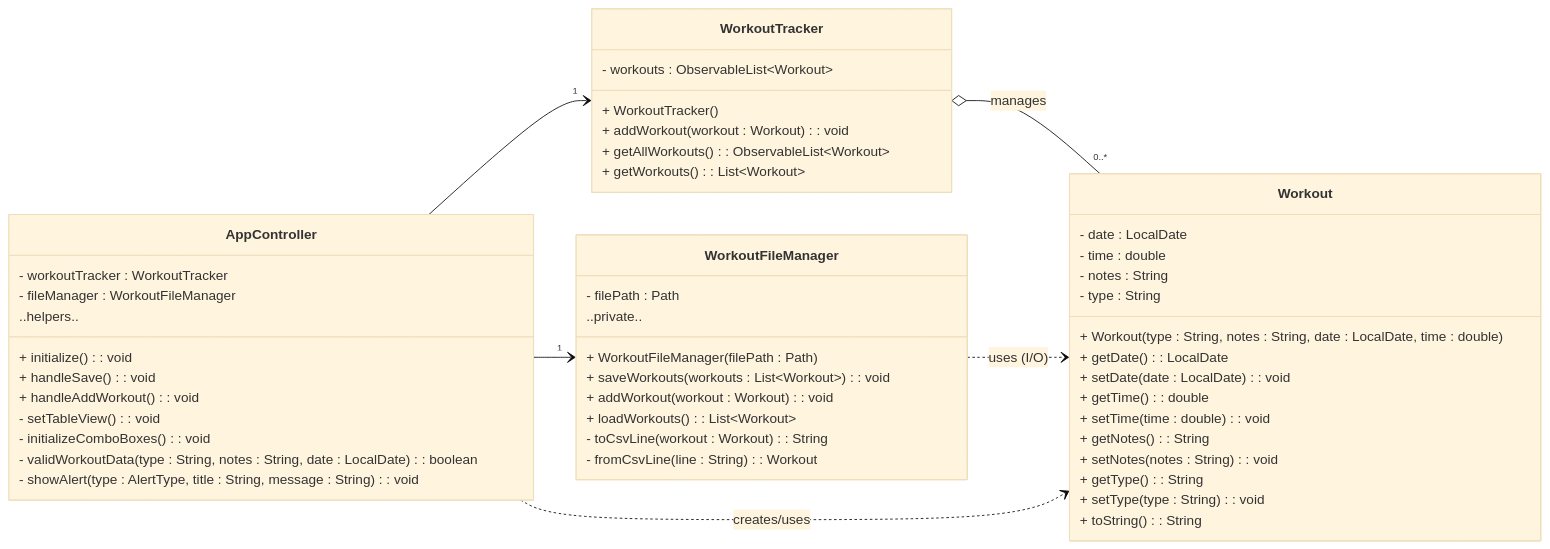
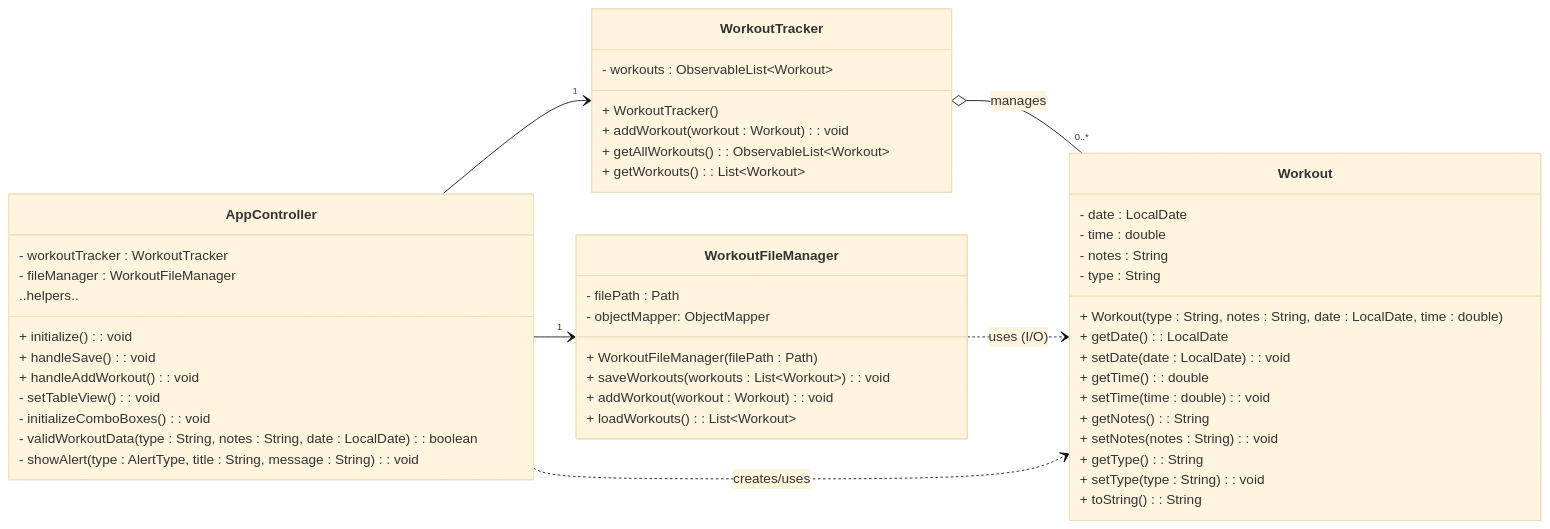
The diagram in docs/release2/classDiagram.md (MadsNotland/ITP1901), drawn with Mermaid (base theme) before and after one commit.

Commit message:
docs: update persistence layer class diagram
Revise UML class diagram to reflect JSON serialization with Jackson, document updated WorkoutFileManager methods, and show current persistence architecture. See #84

````diff
--- a/docs/release2/classDiagram.md
+++ b/docs/release2/classDiagram.md
@@ -1,65 +1,63 @@
 ```mermaid
 classDiagram
 direction LR
 
 %% --------- Domain core ----------
 class Workout {
   - date : LocalDate
   - time : double
   - notes : String
   - type : String
   + Workout(type : String, notes : String, date : LocalDate, time : double)
   + getDate() : LocalDate
   + setDate(date : LocalDate) : void
   + getTime() : double
   + setTime(time : double) : void
   + getNotes() : String
   + setNotes(notes : String) : void
   + getType() : String
   + setType(type : String) : void
   + toString() : String
 }
 
 class WorkoutTracker {
   - workouts : ObservableList~Workout~
   + WorkoutTracker()
   + addWorkout(workout : Workout) : void
   + getAllWorkouts() : ObservableList~Workout~
   + getWorkouts() : List~Workout~
 }
 
 %% --------- Persistence ----------
 class WorkoutFileManager {
   - filePath : Path
+  - objectMapper: ObjectMapper
   + WorkoutFileManager(filePath : Path)
   + saveWorkouts(workouts : List~Workout~) : void
   + addWorkout(workout : Workout) : void
   + loadWorkouts() : List~Workout~
-  ..private..
-  - toCsvLine(workout : Workout) : String
-  - fromCsvLine(line : String) : Workout
 }
 
 %% --------- UI Controller (orchestrates) ----------
 class AppController {
   - workoutTracker : WorkoutTracker
   - fileManager : WorkoutFileManager
   + initialize() : void
   + handleSave() : void
   + handleAddWorkout() : void
   ..helpers..
   - setTableView() : void
   - initializeComboBoxes() : void
   - validWorkoutData(type : String, notes : String, date : LocalDate) : boolean
   - showAlert(type : AlertType, title : String, message : String) : void
 }
 
 %% --------- Relationships ----------
 WorkoutTracker o-- "0..*" Workout : manages
 WorkoutFileManager ..> Workout : uses (I/O)
 
 AppController --> "1" WorkoutTracker
 AppController --> "1" WorkoutFileManager
 AppController ..> Workout : creates/uses
 
 ```
````
